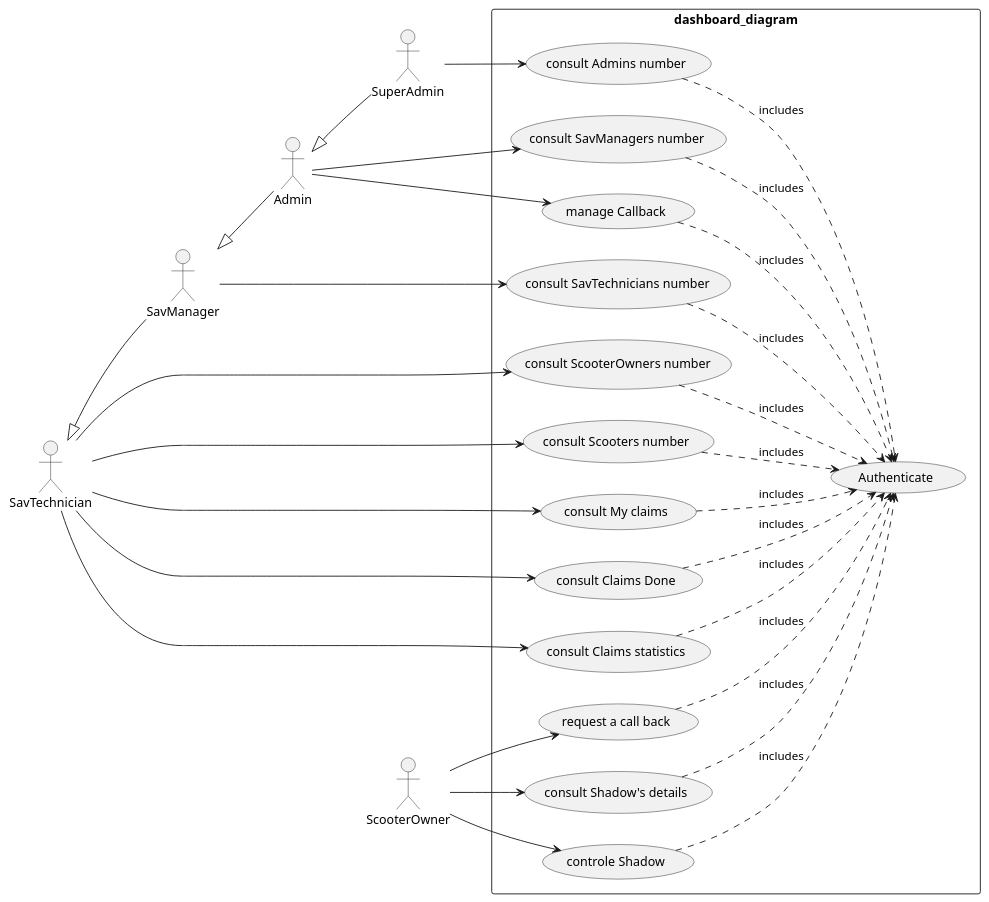
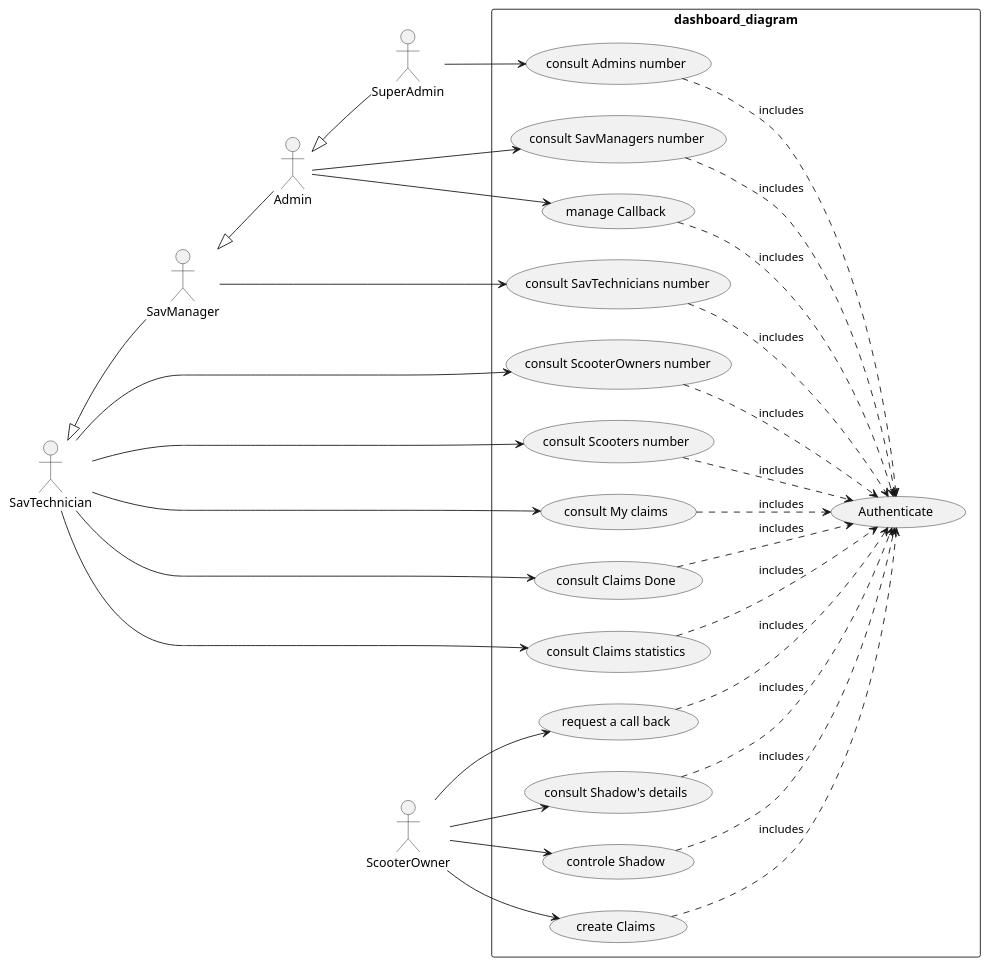
Before and after one commit to smurfsDev/pixii-project: the diagram in rapport/use_case/dashboards_use_case.wsd, drawn with PlantUML. The commit also changed 4 other files, not shown here.

Commit message:
add dashboards diagrams

```diff
--- a/rapport/use_case/dashboards_use_case.wsd
+++ b/rapport/use_case/dashboards_use_case.wsd
@@ -1,58 +1,61 @@
-@startuml general_diagram
+@startuml dashboards_use_case_diagram
 skinparam packageStyle rect
 skinparam shadowing false
 
 actor SuperAdmin as sa
 actor Admin as a
 actor SavManager as sm
 actor SavTechnician as st
 actor ScooterOwner as so
 
 st <|-- sm
 sm <|-- a
 a <|-- sa
 package dashboard_diagram{
     ( consult ScooterOwners number ) as scn
     ( consult Scooters number ) as sn
     ( consult My claims ) as c
     ( consult Claims Done ) as cd
     ( consult Claims statistics ) as css
     '------
     ( consult SavTechnicians number ) as stn
     '------
     ( consult SavManagers number ) as smn
     '------
     ( consult Admins number ) as an
     ( manage Callback ) as mc
     '------
     ( request a call back ) as rcb
     ( consult Shadow's details ) as csd
     ( controle Shadow ) as cs
+    ( create Claims ) as ccl
 ( Authenticate ) as auth
 }
 left to right direction
 st --> scn
 st --> sn
 st --> c
 st --> cd
 st --> css
 sm --> stn
 a --> smn
 a --> mc
 sa --> an
 so --> rcb
 so --> csd
 so --> cs
+so --> ccl
+ccl ..> auth : includes
 scn ..> auth : includes
 sn ..> auth : includes
 c ..> auth : includes
 cd ..> auth : includes
 css ..> auth : includes
 stn ..> auth : includes
 smn ..> auth : includes
 an ..> auth : includes
 mc ..> auth : includes
 rcb ..> auth : includes
 csd ..> auth : includes
 cs ..> auth : includes
 @enduml
```
